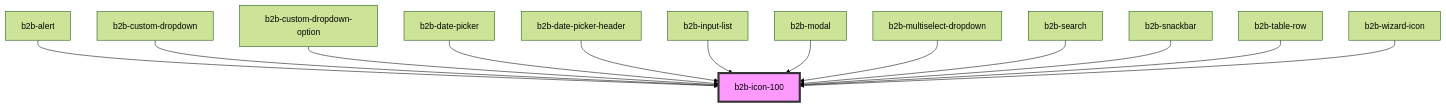
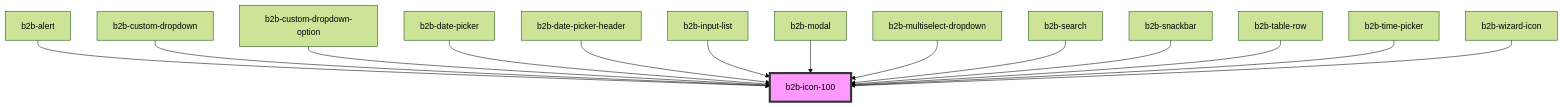
The diagram in packages/core-components/src/components/icon-100/readme.md (otto-de/b2b-design-system), drawn with Mermaid (forest theme) before and after one commit. The commit also changed other lines of this file and 9 other files, not shown here.

````diff
--- a/packages/core-components/src/components/icon-100/readme.md
+++ b/packages/core-components/src/components/icon-100/readme.md
@@ -37,16 +38,17 @@
 ```mermaid
 graph TD;
   b2b-alert --> b2b-icon-100
   b2b-custom-dropdown --> b2b-icon-100
   b2b-custom-dropdown-option --> b2b-icon-100
   b2b-date-picker --> b2b-icon-100
   b2b-date-picker-header --> b2b-icon-100
   b2b-input-list --> b2b-icon-100
   b2b-modal --> b2b-icon-100
   b2b-multiselect-dropdown --> b2b-icon-100
   b2b-search --> b2b-icon-100
   b2b-snackbar --> b2b-icon-100
   b2b-table-row --> b2b-icon-100
+  b2b-time-picker --> b2b-icon-100
   b2b-wizard-icon --> b2b-icon-100
   style b2b-icon-100 fill:#f9f,stroke:#333,stroke-width:4px
 ```
````
